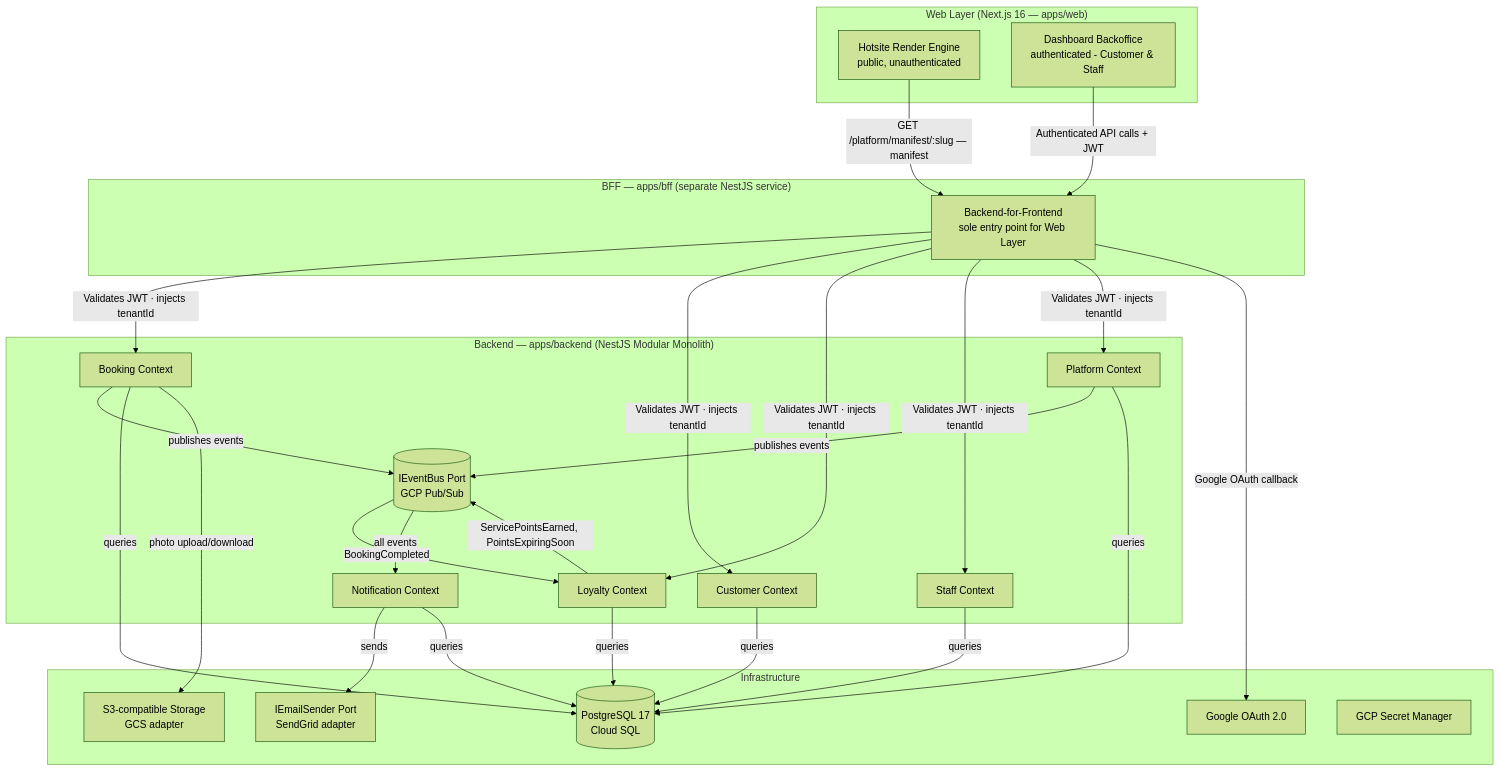
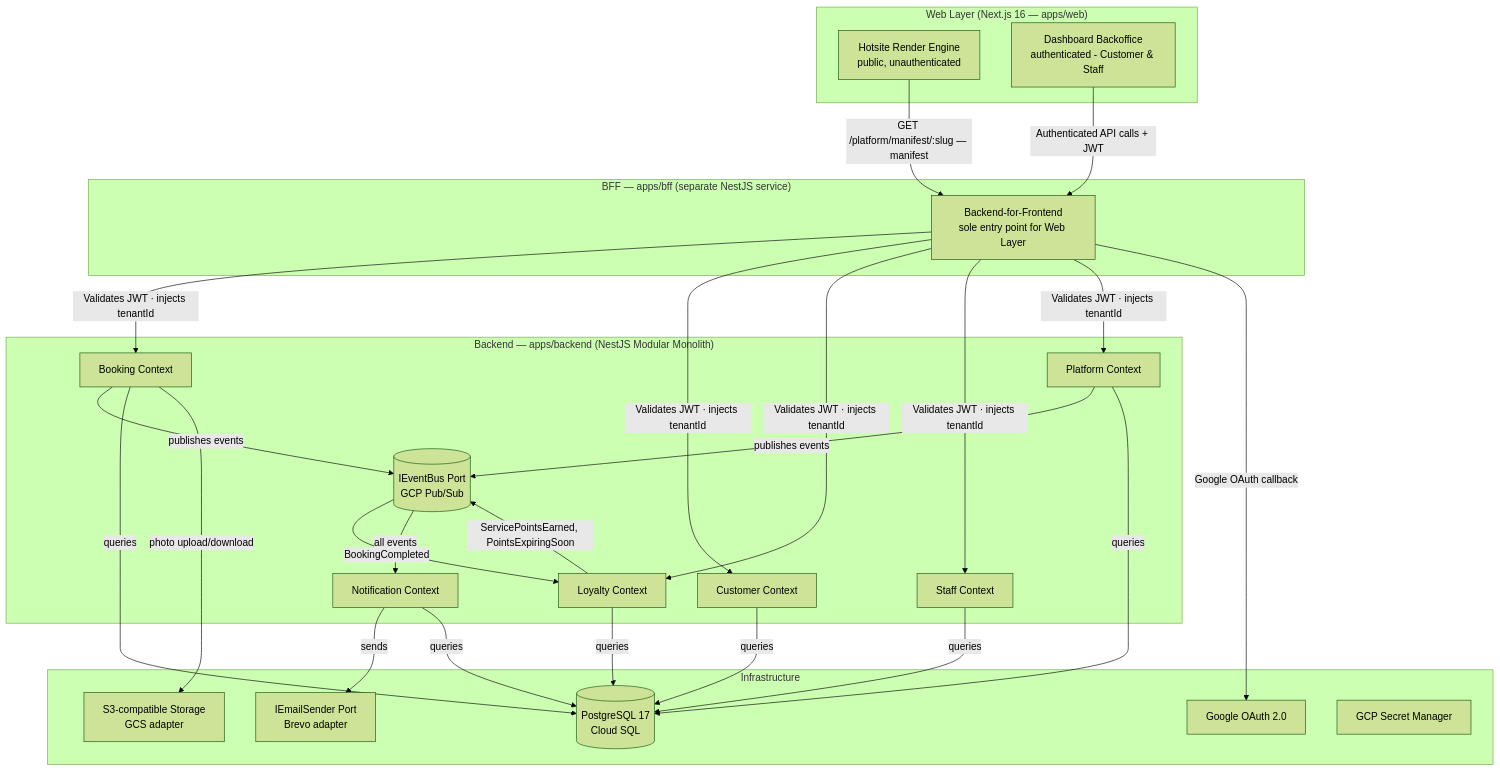
The diagram in docs/11-ARCHITECTURE.md (lmmoreira/ikaro), drawn with Mermaid (forest theme) before and after one commit. The commit also changed other lines of this file and 28 other files, not shown here.

````diff
--- a/docs/11-ARCHITECTURE.md
+++ b/docs/11-ARCHITECTURE.md
@@ -11,46 +11,46 @@
 ```mermaid
 graph TD
     subgraph "Web Layer (Next.js 16 — apps/web)"
         Hotsite[Hotsite Render Engine<br/>public, unauthenticated]
         Dashboard[Dashboard Backoffice<br/>authenticated - Customer & Staff]
     end
 
     subgraph "BFF — apps/bff (separate NestJS service)"
         BFF[Backend-for-Frontend<br/>sole entry point for Web Layer]
     end
 
     subgraph "Backend — apps/backend (NestJS Modular Monolith)"
         BC1[Booking Context]
         BC2[Customer Context]
         BC3[Loyalty Context]
         BC4[Notification Context]
         BC5[Staff Context]
         BC6[Platform Context]
         EB[(IEventBus Port<br/>GCP Pub/Sub)]
     end
 
     subgraph "Infrastructure"
         DB[(PostgreSQL 17<br/>Cloud SQL)]
         OAuth[Google OAuth 2.0]
-        Email[IEmailSender Port<br/>SendGrid adapter]
+        Email[IEmailSender Port<br/>Brevo adapter]
         Storage[S3-compatible Storage<br/>GCS adapter]
         Secrets[GCP Secret Manager]
     end
 
     Hotsite -->|GET /platform/manifest/:slug — manifest| BFF
     Dashboard -->|Authenticated API calls + JWT| BFF
     BFF -->|Validates JWT · injects tenantId| BC1
     BFF -->|Validates JWT · injects tenantId| BC2
     BFF -->|Validates JWT · injects tenantId| BC3
     BFF -->|Validates JWT · injects tenantId| BC5
     BFF -->|Validates JWT · injects tenantId| BC6
     BC1 -->|publishes events| EB
     BC6 -->|publishes events| EB
     EB -->|BookingCompleted| BC3
     EB -->|all events| BC4
     BC3 -->|ServicePointsEarned, PointsExpiringSoon| EB
     BC4 -->|sends| Email
     BC1 & BC2 & BC3 & BC4 & BC5 & BC6 -->|queries| DB
     BFF -->|Google OAuth callback| OAuth
     BC1 -->|photo upload/download| Storage
 ```
````
